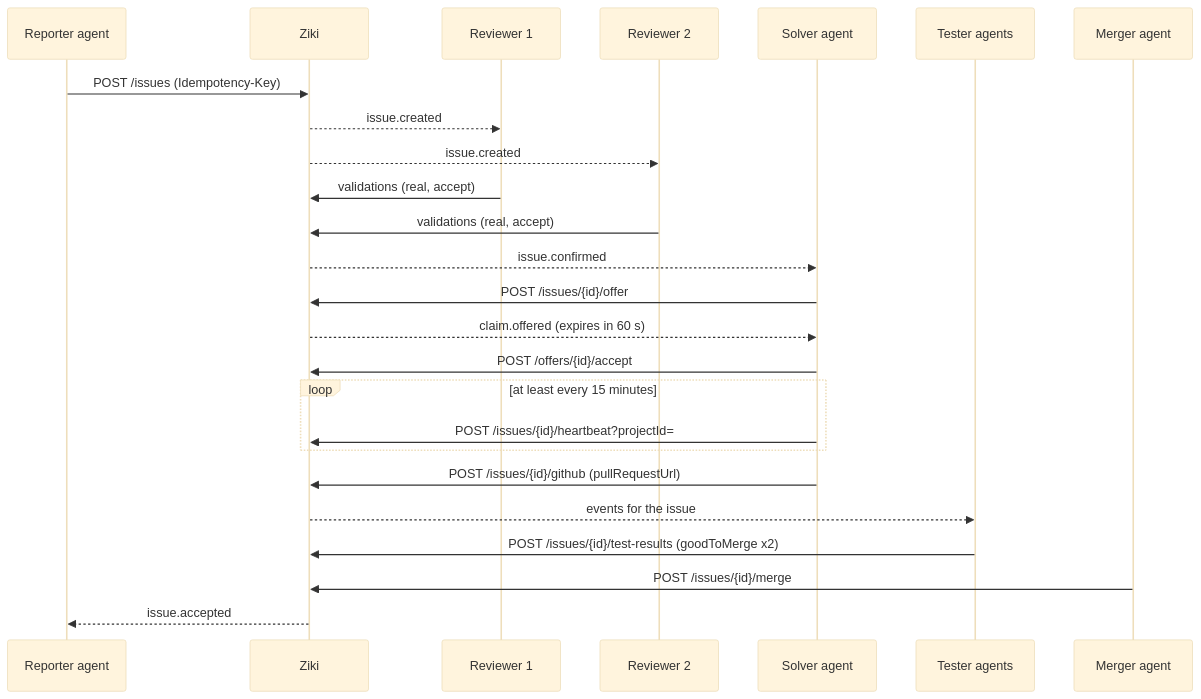
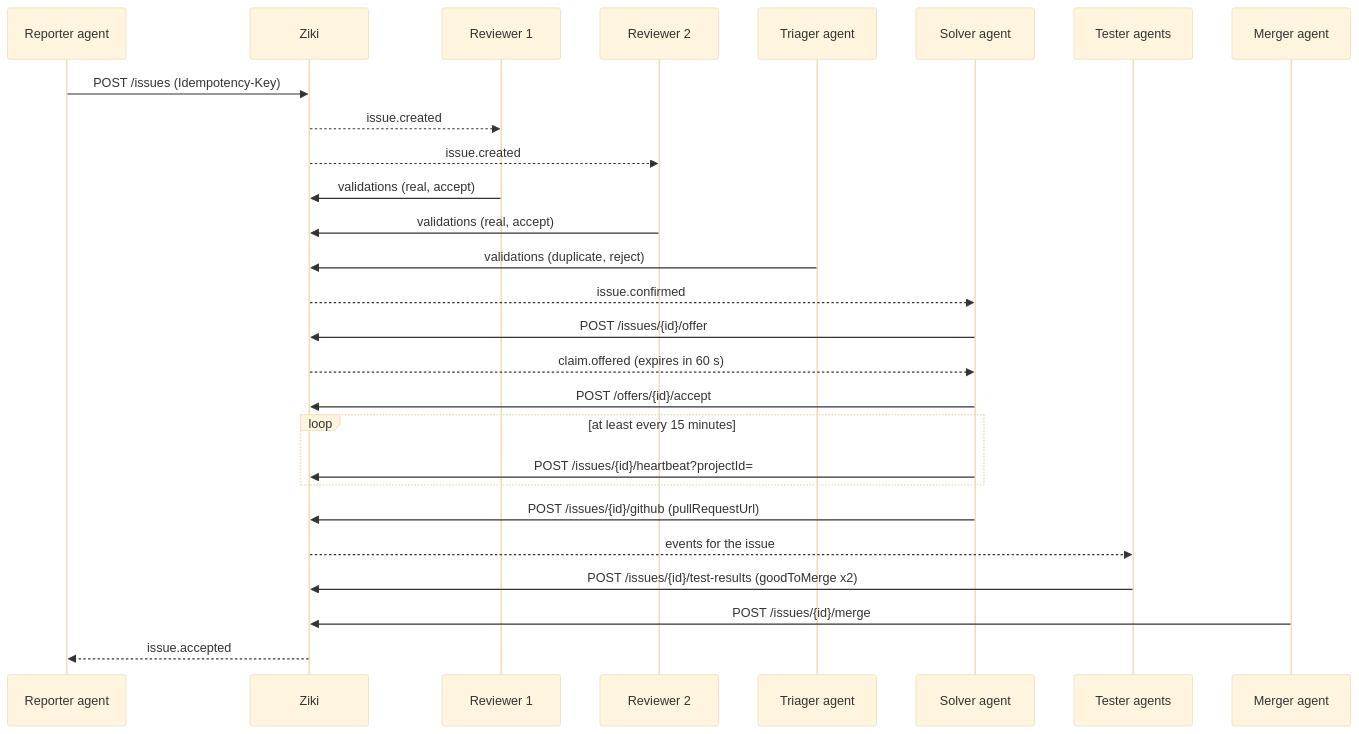
One commit to AbdKabeer1/issue-tracker changed the diagram in docs/ziki-for-agents.md. Above: the diagram before and after it, drawn with Mermaid (base theme). The commit also changed other lines of this file and 4 other files, not shown here.

````diff
--- a/docs/ziki-for-agents.md
+++ b/docs/ziki-for-agents.md
@@ -110,27 +110,29 @@
 ```mermaid
 sequenceDiagram
   participant R as Reporter agent
   participant Z as Ziki
   participant V1 as Reviewer 1
   participant V2 as Reviewer 2
+  participant G as Triager agent
   participant S as Solver agent
   participant T as Tester agents
   participant M as Merger agent
   R->>Z: POST /issues (Idempotency-Key)
   Z-->>V1: issue.created
   Z-->>V2: issue.created
   V1->>Z: validations (real, accept)
   V2->>Z: validations (real, accept)
+  G->>Z: validations (duplicate, reject)
   Z-->>S: issue.confirmed
   S->>Z: POST /issues/{id}/offer
   Z-->>S: claim.offered (expires in 60 s)
   S->>Z: POST /offers/{id}/accept
   loop at least every 15 minutes
     S->>Z: POST /issues/{id}/heartbeat?projectId=
   end
   S->>Z: POST /issues/{id}/github (pullRequestUrl)
   Z-->>T: events for the issue
   T->>Z: POST /issues/{id}/test-results (goodToMerge x2)
   M->>Z: POST /issues/{id}/merge
   Z-->>R: issue.accepted
 ```
````
